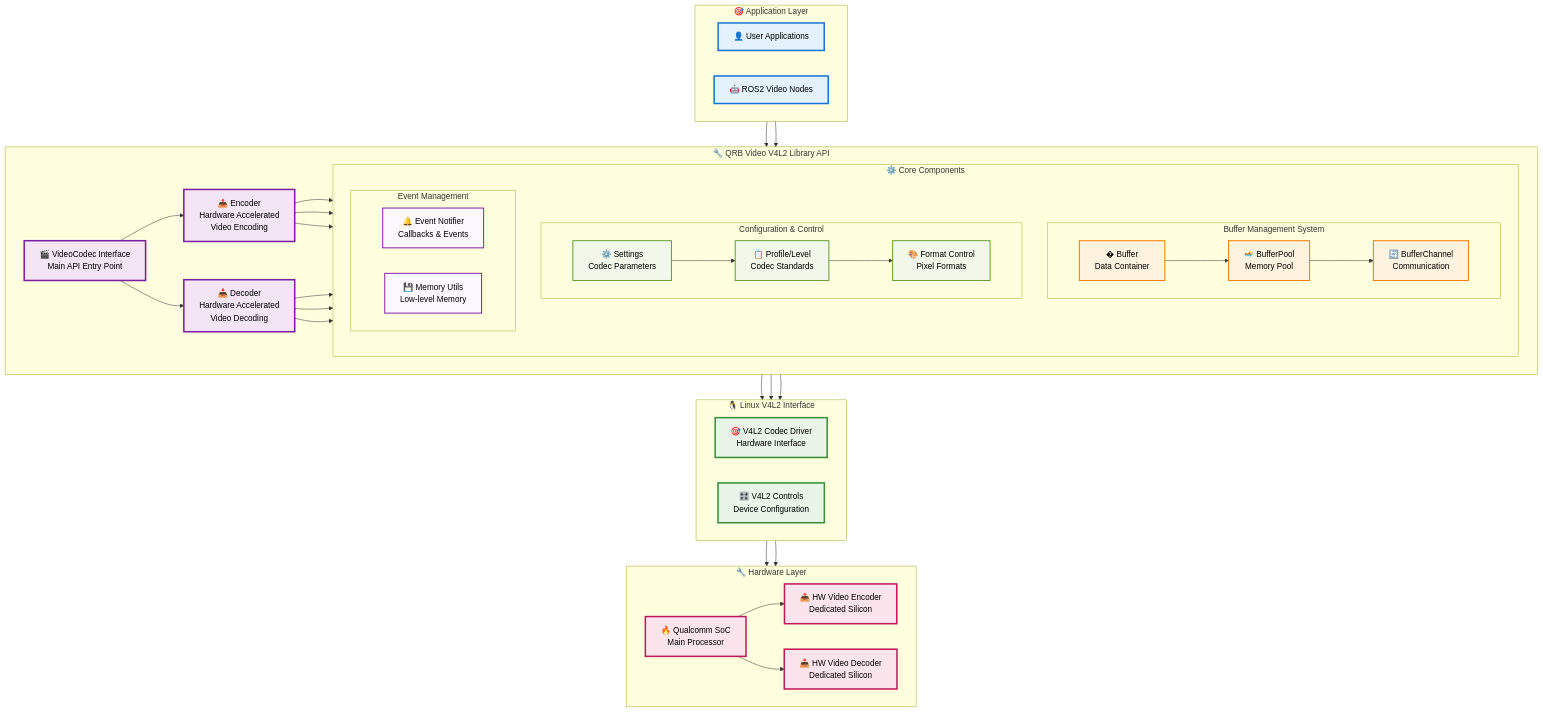
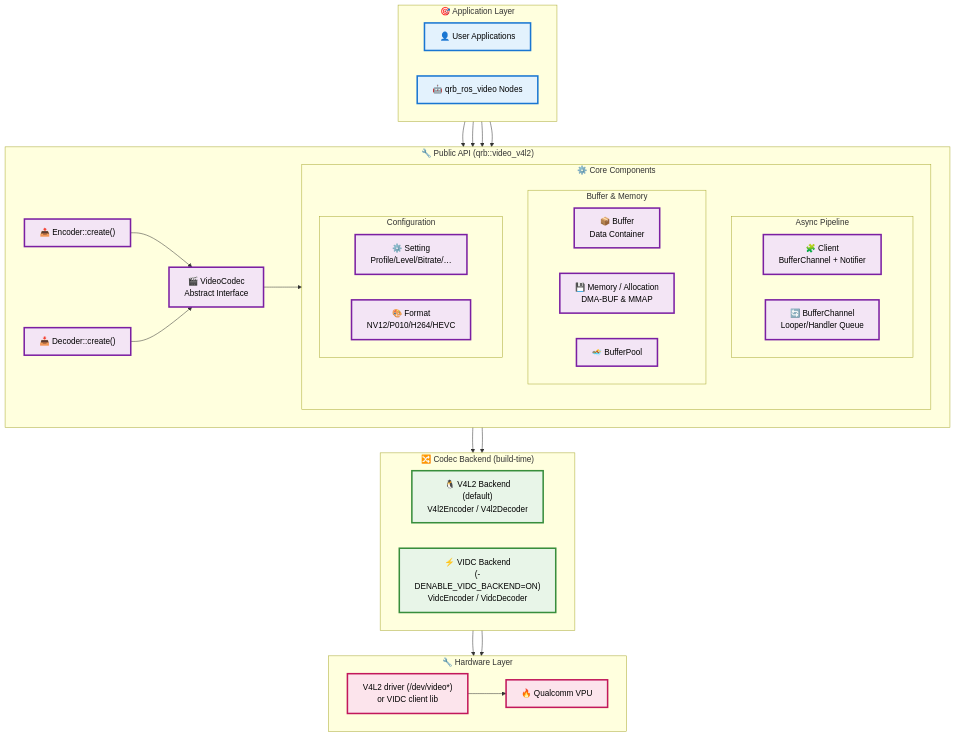
Before and after one commit to CodeLinaro-mirror/la_external_github.com_quic-qrb-ros_qrb_ros_video: the diagram in qrb_video_lib/README.md, drawn with Mermaid. The commit also changed other lines of this file and 1 other file, not shown here.

First line of the commit message:
docs: document VIDC backend and update build instructions

````diff
--- a/qrb_video_lib/README.md
+++ b/qrb_video_lib/README.md
@@ -28,106 +33,73 @@
     subgraph APP ["🎯 Application Layer"]
         direction LR
         UserApp["👤 User Applications"]
-        ROS2Node["🤖 ROS2 Video Nodes"]
+        ROS2Node["🤖 qrb_ros_video Nodes"]
     end
-    
-    %% QRB Video V4L2 Library API Layer
-    subgraph API ["🔧 QRB Video V4L2 Library API"]
+
+    %% Public API Layer
+    subgraph API ["🔧 Public API (qrb::video_v4l2)"]
         direction LR
-        VideoCodec["🎬 VideoCodec Interface<br/>Main API Entry Point"]
-        Encoder["📤 Encoder<br/>Hardware Accelerated<br/>Video Encoding"]
-        Decoder["📥 Decoder<br/>Hardware Accelerated<br/>Video Decoding"]
+        VideoCodec["🎬 VideoCodec<br/>Abstract Interface"]
+        Encoder["📤 Encoder::create()"]
+        Decoder["📥 Decoder::create()"]
 
-    
-        %% Core Components Layer
         subgraph CORE ["⚙️ Core Components"]
             direction TB
-            subgraph BUFFER ["Buffer Management System"]
+            subgraph CHANNEL ["Async Pipeline"]
                 direction LR
-                Buffer["� Buffer<br/>Data Container"]
-                BufferPool["🏊 BufferPool<br/>Memory Pool"]
-                BufferChannel["🔄 BufferChannel<br/>Communication"]
+                Client["🧩 Client<br/>BufferChannel + Notifier"]
+                BufferChannel["🔄 BufferChannel<br/>Looper/Handler Queue"]
             end
-            
-            subgraph CONFIG ["Configuration & Control"]
+
+            subgraph BUFFER ["Buffer & Memory"]
                 direction LR
-                Settings["⚙️ Settings<br/>Codec Parameters"]
-                Profile["📋 Profile/Level<br/>Codec Standards"]
-                Format["🎨 Format Control<br/>Pixel Formats"]
+                Buffer["📦 Buffer<br/>Data Container"]
+                Memory["💾 Memory / Allocation<br/>DMA-BUF & MMAP"]
+                BufferPool["🏊 BufferPool"]
             end
-            
-            subgraph EVENTS ["Event Management"]
+
+            subgraph CONFIG ["Configuration"]
                 direction LR
-                Notifier["🔔 Event Notifier<br/>Callbacks & Events"]
-                Memory["💾 Memory Utils<br/>Low-level Memory"]
+                Setting["⚙️ Setting<br/>Profile/Level/Bitrate/…"]
+                Format["🎨 Format<br/>NV12/P010/H264/HEVC"]
             end
         end
     end
-    
-    %% V4L2 Interface Layer
-    subgraph V4L2 ["🐧 Linux V4L2 Interface"]
+
+    %% Backend Layer (build-time selectable)
+    subgraph BACKEND ["🔀 Codec Backend (build-time)"]
         direction LR
-        V4L2Codec["🎯 V4L2 Codec Driver<br/>Hardware Interface"]
-        V4L2Controls["🎛️ V4L2 Controls<br/>Device Configuration"]
+        V4L2["🐧 V4L2 Backend<br/>(default)<br/>V4l2Encoder / V4l2Decoder"]
+        VIDC["⚡ VIDC Backend<br/>(-DENABLE_VIDC_BACKEND=ON)<br/>VidcEncoder / VidcDecoder"]
     end
-    
+
     %% Hardware Layer
     subgraph HW ["🔧 Hardware Layer"]
         direction LR
-        VideoEncoder["📤 HW Video Encoder<br/>Dedicated Silicon"]
-        QualcommSoC["🔥 Qualcomm SoC<br/>Main Processor"]
-        VideoDecoder["📥 HW Video Decoder<br/>Dedicated Silicon"]
+        Driver["V4L2 driver (/dev/video*)<br/>or VIDC client lib"]
+        QualcommSoC["🔥 Qualcomm VPU"]
     end
-    
-    %% Main Data Flow
-    UserApp --> VideoCodec
-    ROS2Node --> VideoCodec
-    VideoCodec --> Encoder
-    VideoCodec --> Decoder
-    
-    %% API to Core connections
-    Encoder --> BUFFER
-    Decoder --> BUFFER
-    Encoder --> CONFIG
-    Decoder --> CONFIG
-    Encoder --> EVENTS
-    Decoder --> EVENTS
-    
-    %% Core to V4L2 connections
-    BUFFER --> V4L2Codec
-    CONFIG --> V4L2Controls
-    EVENTS --> V4L2Codec
-    
-    %% V4L2 to Hardware connections
-    V4L2Codec --> QualcommSoC
-    V4L2Controls --> QualcommSoC
-    QualcommSoC --> VideoEncoder
-    QualcommSoC --> VideoDecoder
-    
-    %% Buffer flow details
-    Buffer --> BufferPool
-    BufferPool --> BufferChannel
-    
-    %% Configuration flow
-    Settings --> Profile
-    Profile --> Format
-    
-    %% Styling
+
+    UserApp --> Encoder
+    UserApp --> Decoder
+    ROS2Node --> Encoder
+    ROS2Node --> Decoder
+    Encoder --> VideoCodec
+    Decoder --> VideoCodec
+    VideoCodec --> CORE
+    CORE --> V4L2
+    CORE --> VIDC
+    V4L2 --> Driver
+    VIDC --> Driver
+    Driver --> QualcommSoC
+
     classDef appLayer fill:#e3f2fd,stroke:#1976d2,stroke-width:3px,color:#000
     classDef apiLayer fill:#f3e5f5,stroke:#7b1fa2,stroke-width:3px,color:#000
-    classDef coreLayer fill:#fff8e1,stroke:#f57c00,stroke-width:2px,color:#000
-    classDef v4l2Layer fill:#e8f5e8,stroke:#388e3c,stroke-width:3px,color:#000
+    classDef backendLayer fill:#e8f5e8,stroke:#388e3c,stroke-width:3px,color:#000
     classDef hwLayer fill:#fce4ec,stroke:#c2185b,stroke-width:3px,color:#000
-    classDef bufferGroup fill:#fff3e0,stroke:#f57c00,stroke-width:2px,color:#000
-    classDef configGroup fill:#f1f8e9,stroke:#689f38,stroke-width:2px,color:#000
-    classDef eventGroup fill:#fdf7ff,stroke:#8e24aa,stroke-width:2px,color:#000
-    
-    %% Apply classes
+
     class UserApp,ROS2Node appLayer
-    class VideoCodec,Encoder,Decoder apiLayer
-    class Buffer,BufferPool,BufferChannel bufferGroup
-    class Settings,Profile,Format configGroup
-    class Notifier,Memory eventGroup
-    class V4L2Codec,V4L2Controls v4l2Layer
-    class VideoEncoder,QualcommSoC,VideoDecoder hwLayer
+    class VideoCodec,Encoder,Decoder,Client,BufferChannel,Buffer,Memory,BufferPool,Setting,Format apiLayer
+    class V4L2,VIDC backendLayer
+    class Driver,QualcommSoC hwLayer
 ```
````
